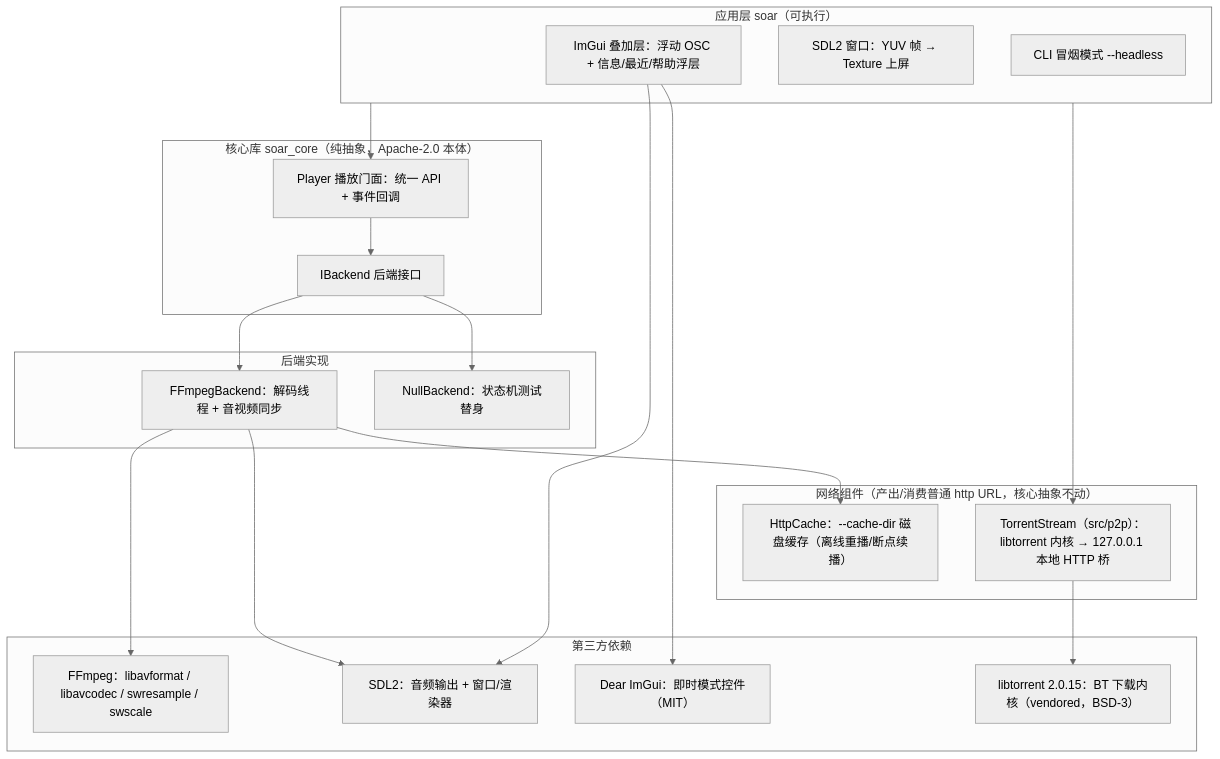
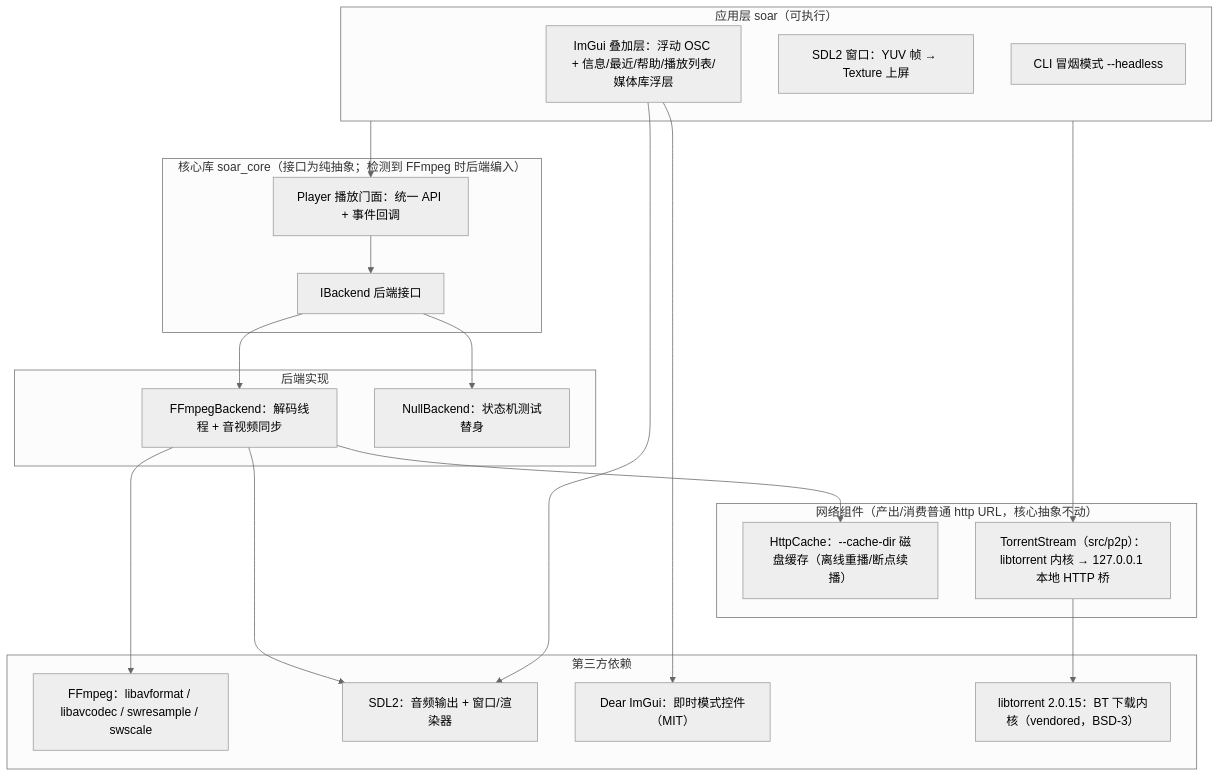
The diagram in README.zh.md (cuihairu/soar), drawn with Mermaid (neutral theme) before and after one commit. The commit also changed other lines of this file and 1 other file, not shown here.

````diff
--- a/README.zh.md
+++ b/README.zh.md
@@ -47,41 +47,41 @@
 ```mermaid
 flowchart TB
     subgraph APP["应用层 soar（可执行）"]
-        UI["ImGui 叠加层：浮动 OSC + 信息/最近/帮助浮层"]
+        UI["ImGui 叠加层：浮动 OSC + 信息/最近/帮助/播放列表/媒体库浮层"]
         WIN["SDL2 窗口：YUV 帧 → Texture 上屏"]
         HEADLESS["CLI 冒烟模式 --headless"]
     end
 
-    subgraph CORE["核心库 soar_core（纯抽象，Apache-2.0 本体）"]
+    subgraph CORE["核心库 soar_core（接口为纯抽象；检测到 FFmpeg 时后端编入）"]
         PLAYER["Player 播放门面：统一 API + 事件回调"]
         IBACKEND["IBackend 后端接口"]
     end
 
     subgraph BACKENDS["后端实现"]
         FFB["FFmpegBackend：解码线程 + 音视频同步"]
         NULLB["NullBackend：状态机测试替身"]
     end
 
     subgraph NET["网络组件（产出/消费普通 http URL，核心抽象不动）"]
         CACHE["HttpCache：--cache-dir 磁盘缓存（离线重播/断点续播）"]
         P2P["TorrentStream（src/p2p）：libtorrent 内核 → 127.0.0.1 本地 HTTP 桥"]
     end
 
     subgraph LIBS["第三方依赖"]
         FFMPEG["FFmpeg：libavformat / libavcodec / swresample / swscale"]
         SDL2AUDIO["SDL2：音频输出 + 窗口/渲染器"]
         IMGUI["Dear ImGui：即时模式控件（MIT）"]
         LIBTORRENT["libtorrent 2.0.15：BT 下载内核（vendored，BSD-3）"]
     end
 
     APP --> PLAYER --> IBACKEND
     IBACKEND --> FFB
     IBACKEND --> NULLB
     APP --> P2P
     P2P --> LIBTORRENT
     FFB --> CACHE
     FFB --> FFMPEG
     FFB --> SDL2AUDIO
     UI --> IMGUI
     UI --> SDL2AUDIO
 ```
````
